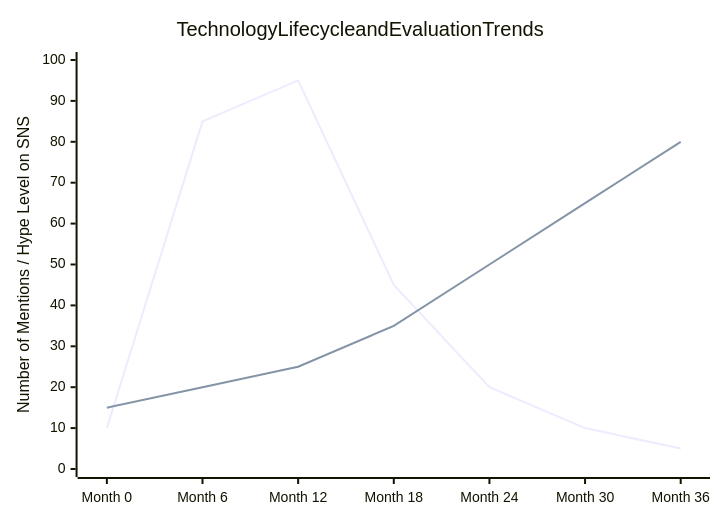
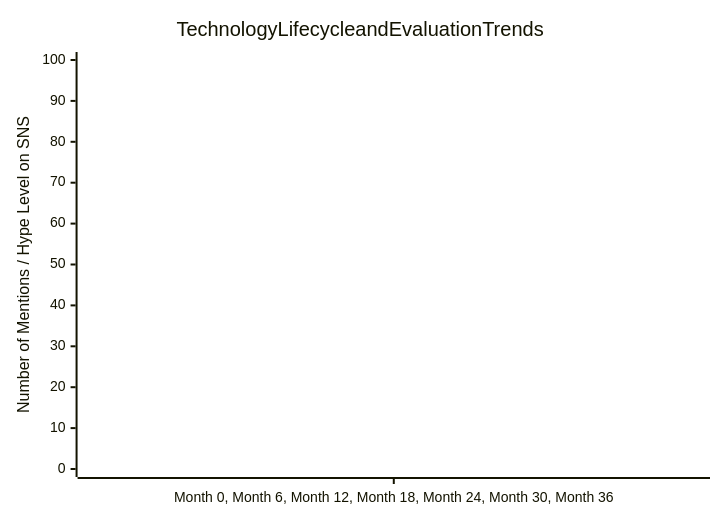
Before and after one commit to kenjinote/blog: the second of 2 diagrams in content/post/sns_algorithm/index.en.md, drawn with Mermaid. The commit also changed 573 other files, not shown here.

Commit message:
fix: Resolve Mermaid syntax errors caused by nested double quotes in node names

````diff
--- a/content/post/sns_algorithm/index.en.md
+++ b/content/post/sns_algorithm/index.en.md
@@ -122,8 +122,8 @@
 ```mermaid
 xychart-beta
     title Technology Lifecycle and Evaluation Trends
-    x-axis ["Month 0", "Month 6", "Month 12", "Month 18", "Month 24", "Month 30", "Month 36"]
+    x-axis ["Month 0, Month 6, Month 12, Month 18, Month 24, Month 30, Month 36"]
     y-axis "Number of Mentions / Hype Level on SNS" 0 --> 100
     line [10, 85, 95, 45, 20, 10, 5]
     line [15, 20, 25, 35, 50, 65, 80]
 ```
````
